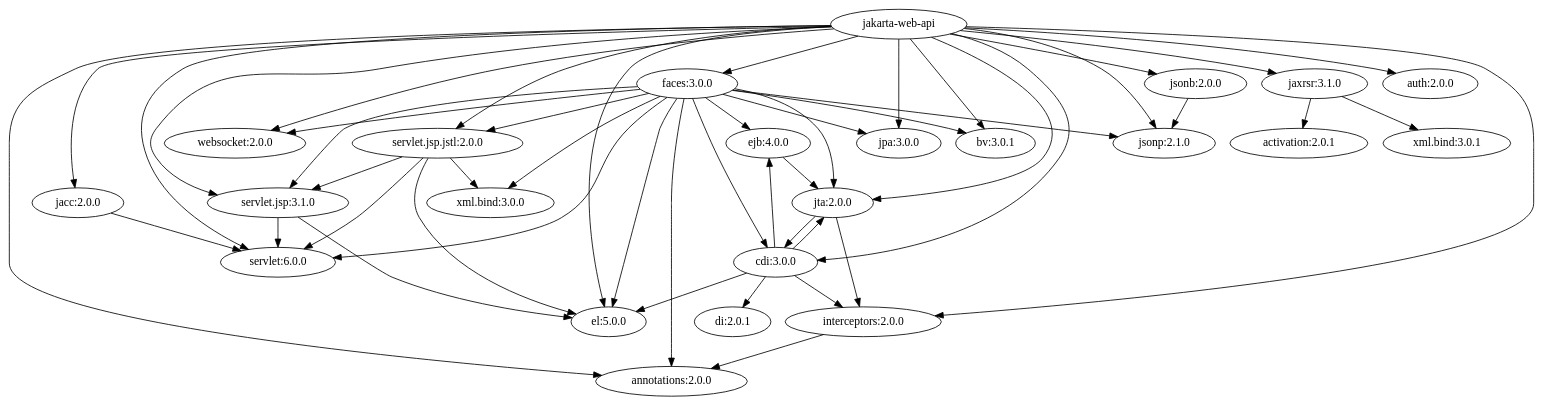
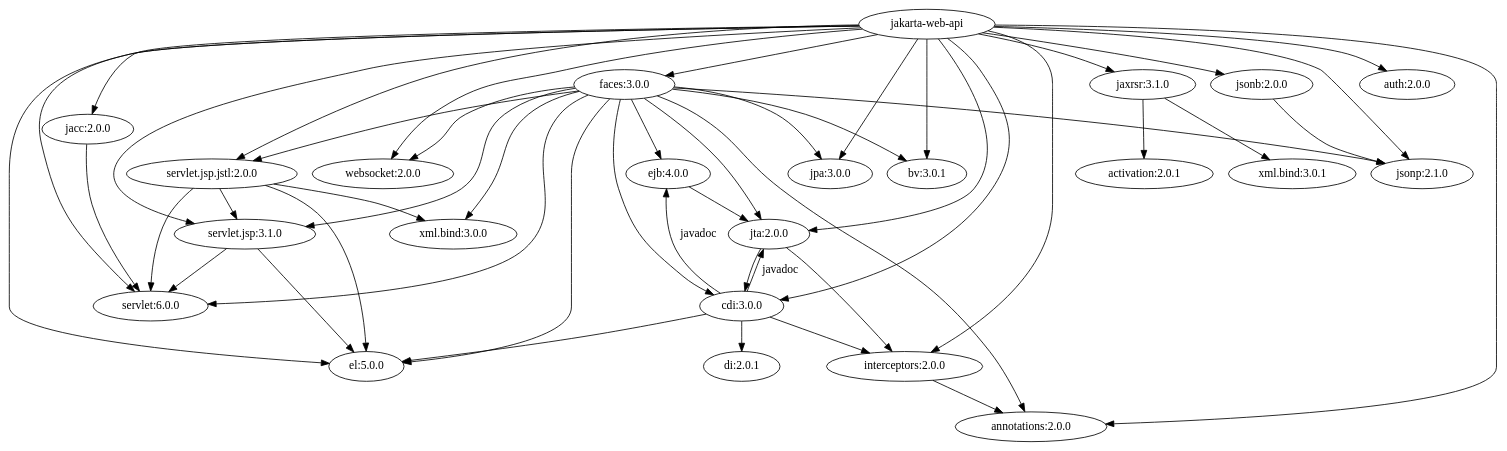
Before and after one commit to jakartaee/platform: the diagram in specification/src/main/asciidoc/web-dependencies.adoc, drawn with Graphviz.

Commit message:
Label cdi -> {jta, ejb} dependency with javadoc

```diff
--- a/specification/src/main/asciidoc/web-dependencies.adoc
+++ b/specification/src/main/asciidoc/web-dependencies.adoc
@@ -96,7 +96,7 @@
 cdi -> el ;
 cdi -> interceptors ;
 cdi -> di ;
-cdi -> jta ;
-cdi -> ejb ;
+cdi -> jta [label="javadoc"];
+cdi -> ejb [label="javadoc"];
 }
 -----------------------------------------------------------
```
